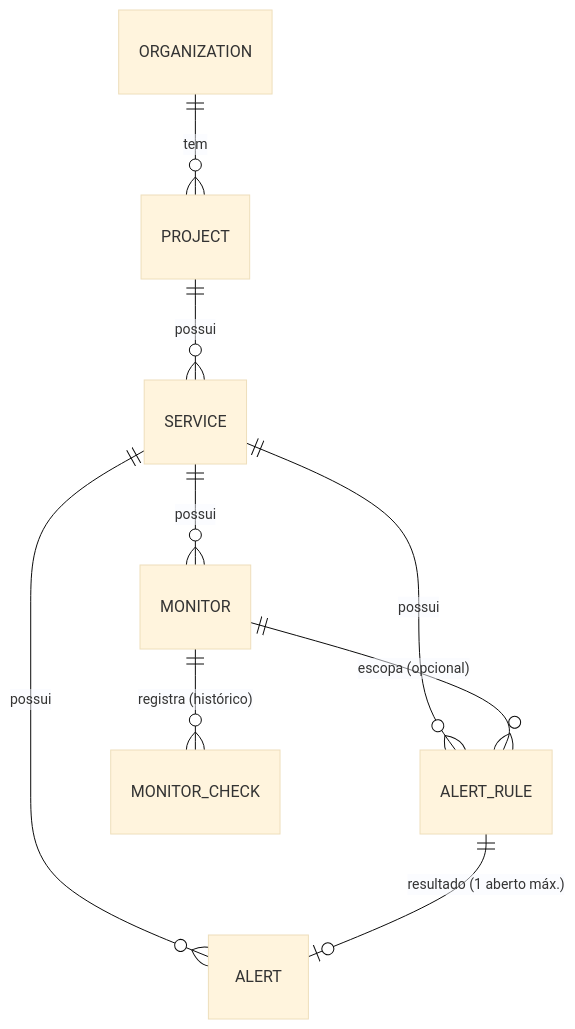
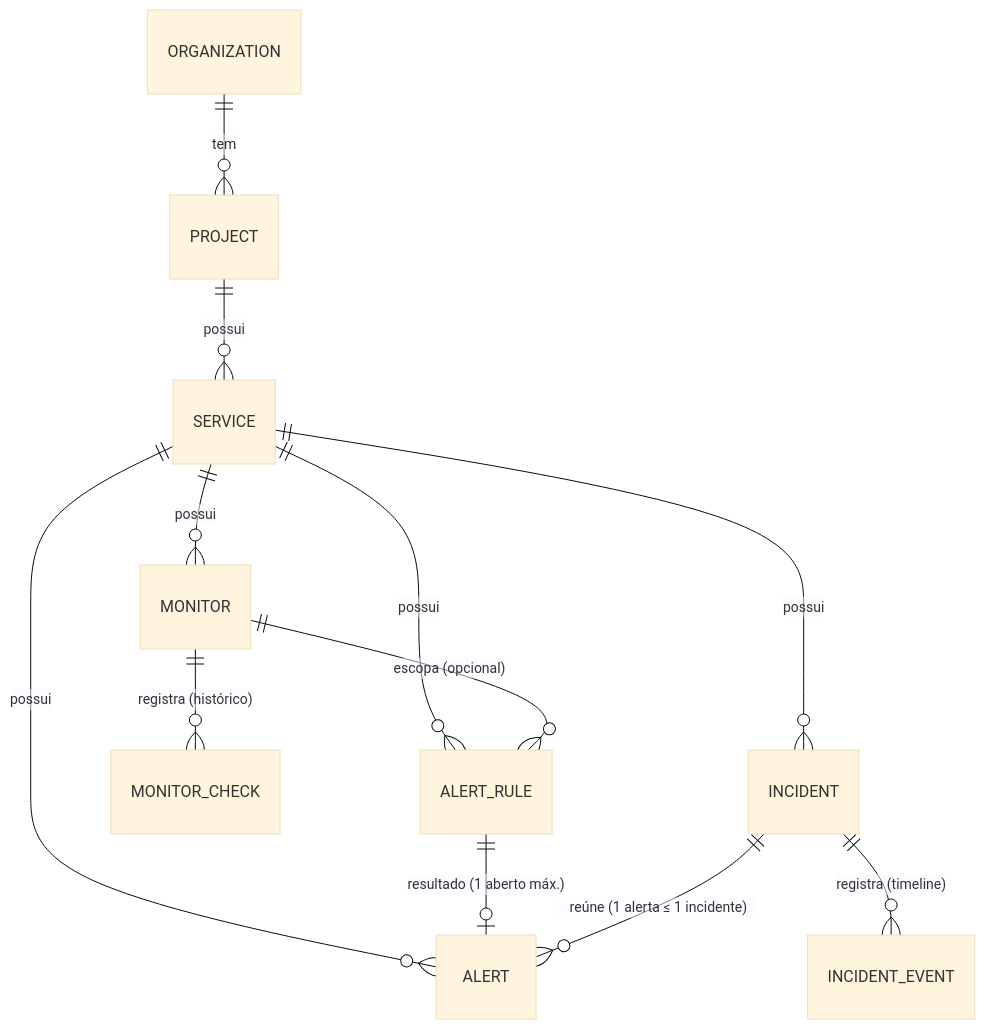
Before and after one commit to diegovieiradv/project-sentinel: the second of 4 diagrams in docs/architecture-foundation.md, drawn with Mermaid (base theme). The commit also changed other lines of this file and 40 other files, not shown here.

Commit message:
feat(incident): adicionar incidents com lifecycle, timeline e associação manual de alerts

````diff
--- a/docs/architecture-foundation.md
+++ b/docs/architecture-foundation.md
@@ -65,11 +68,14 @@
 ```mermaid
 erDiagram
     ORGANIZATION ||--o{ PROJECT : "tem"
     PROJECT ||--o{ SERVICE : "possui"
     SERVICE ||--o{ MONITOR : "possui"
     SERVICE ||--o{ ALERT_RULE : "possui"
     MONITOR ||--o{ ALERT_RULE : "escopa (opcional)"
     MONITOR ||--o{ MONITOR_CHECK : "registra (histórico)"
     SERVICE ||--o{ ALERT : "possui"
     ALERT_RULE ||--o| ALERT : "resultado (1 aberto máx.)"
+    SERVICE ||--o{ INCIDENT : "possui"
+    INCIDENT ||--o{ INCIDENT_EVENT : "registra (timeline)"
+    INCIDENT ||--o{ ALERT : "reúne (1 alerta ≤ 1 incidente)"
 ```
````
